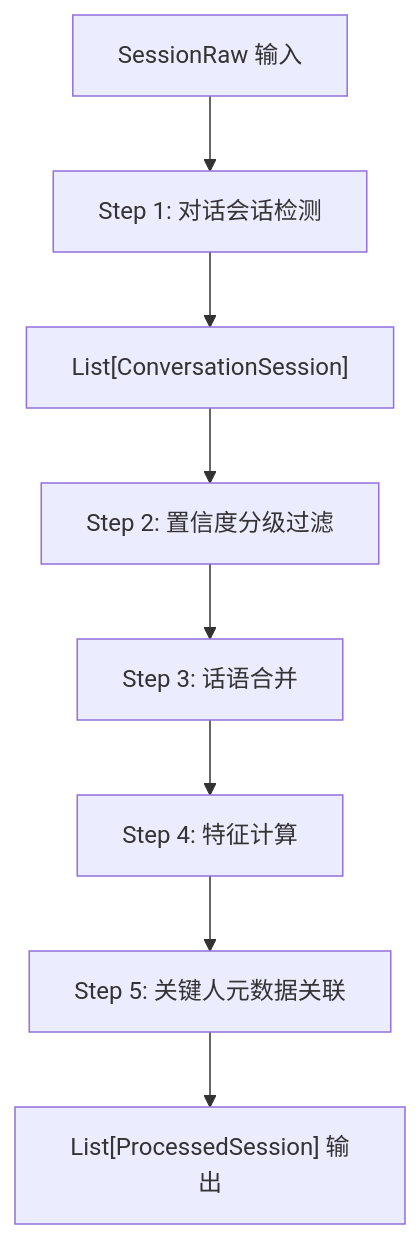
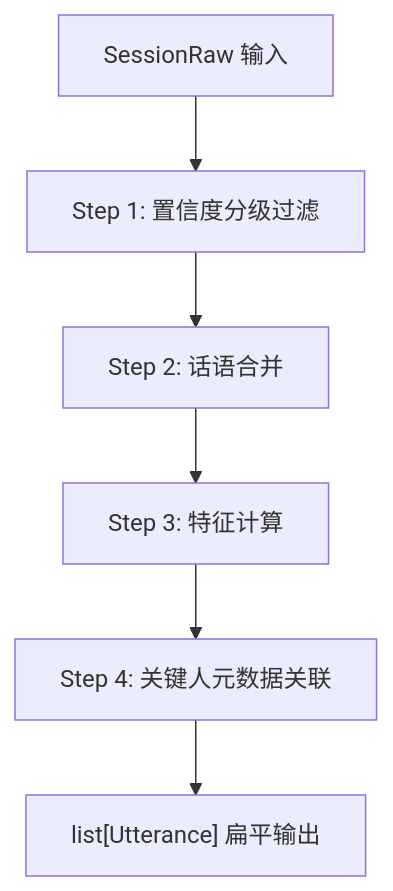
Before and after one commit to SherlockHao/summary-pipeline: the first of 2 diagrams in docs/sections/arch_module1_data.md, drawn with Mermaid. The commit also changed other lines of this file and 8 other files, not shown here.

````diff
--- a/docs/sections/arch_module1_data.md
+++ b/docs/sections/arch_module1_data.md
@@ -262,10 +264,8 @@
 ```mermaid
 flowchart TD
-    A[SessionRaw 输入] --> B[Step 1: 对话会话检测]
-    B --> C["List[ConversationSession]"]
-    C --> D[Step 2: 置信度分级过滤]
-    D --> E[Step 3: 话语合并]
-    E --> F[Step 4: 特征计算]
-    F --> G[Step 5: 关键人元数据关联]
-    G --> H["List[ProcessedSession] 输出"]
+    A[SessionRaw 输入] --> B[Step 1: 置信度分级过滤]
+    B --> C[Step 2: 话语合并]
+    C --> D[Step 3: 特征计算]
+    D --> E[Step 4: 关键人元数据关联]
+    E --> F["list[Utterance] 扁平输出"]
 ```
````
